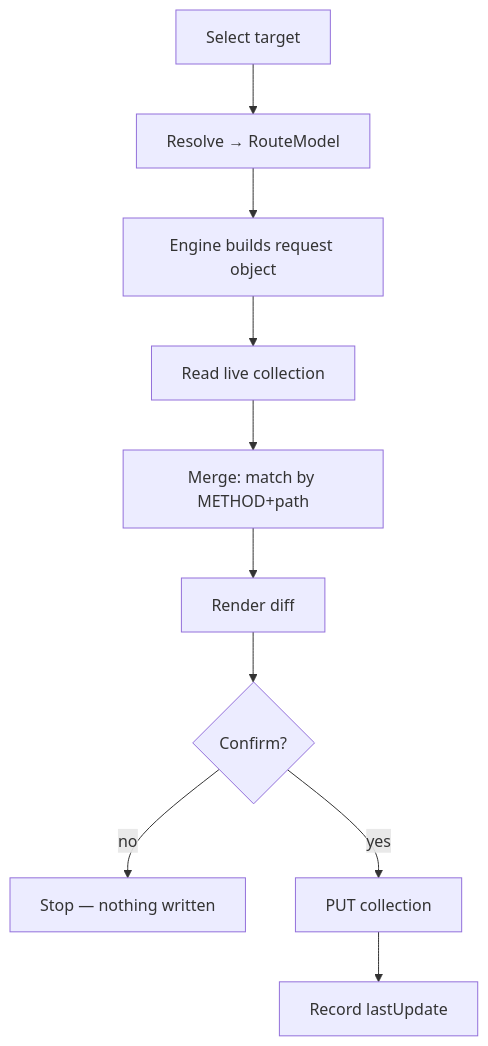
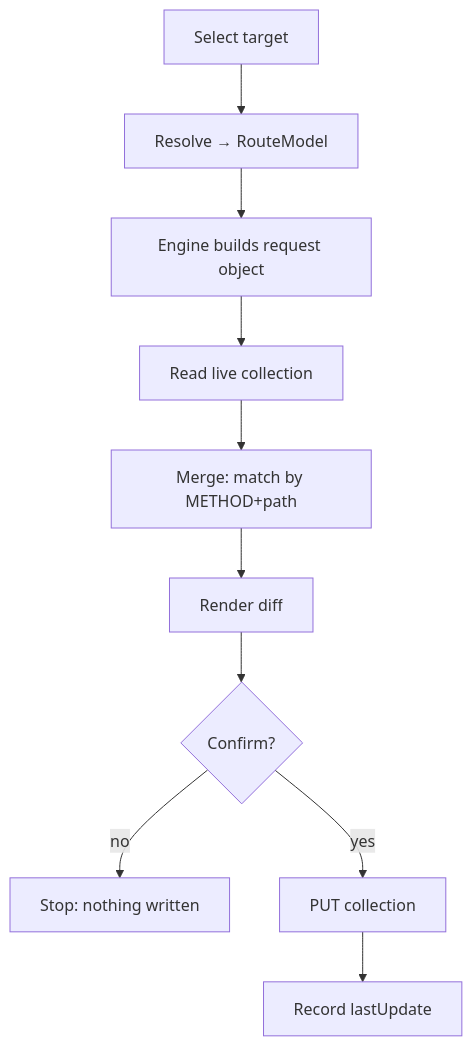
The third of 3 diagrams in docs/architecture/overview.md (logesh-works/postman-mcp), drawn with Mermaid before and after one commit. The commit also changed other lines of this file and 91 other files, not shown here.

````diff
--- a/docs/architecture/overview.md
+++ b/docs/architecture/overview.md
@@ -39,12 +89,12 @@
 ```mermaid
 flowchart TD
     A[Select target] --> B[Resolve → RouteModel]
     B --> C[Engine builds request object]
     C --> D[Read live collection]
     D --> E[Merge: match by METHOD+path]
     E --> F[Render diff]
     F --> G{Confirm?}
-    G -- no --> H[Stop — nothing written]
+    G -- no --> H[Stop: nothing written]
     G -- yes --> I[PUT collection]
     I --> J[Record lastUpdate]
 ```
````
